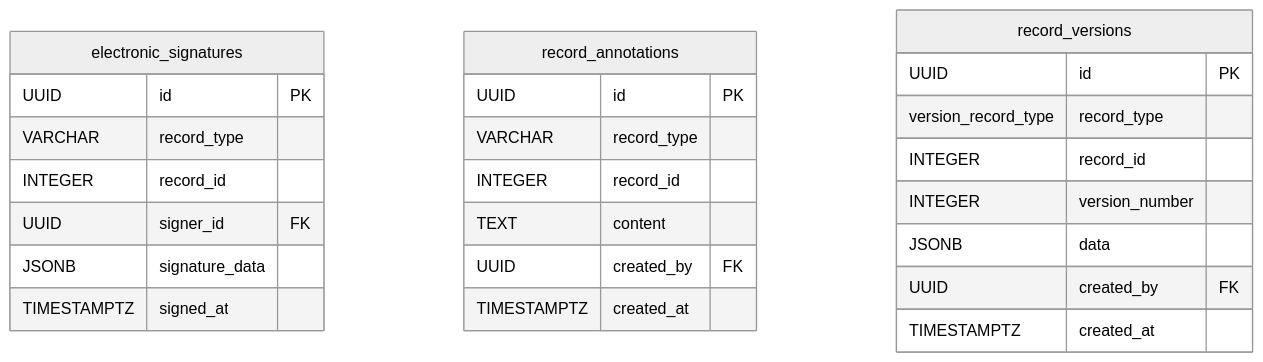
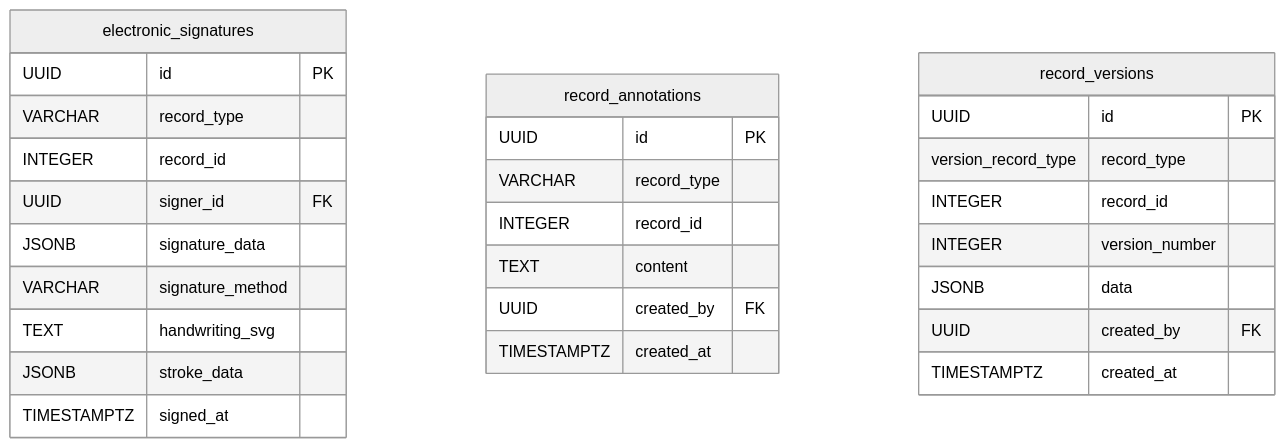
Before and after one commit to delightening/ipig_system: the seventh of 11 diagrams in Profiling_Spec/database_erd.md, drawn with Mermaid (neutral theme). The commit also changed other lines of this file and 61 other files, not shown here.

````diff
--- a/Profiling_Spec/database_erd.md
+++ b/Profiling_Spec/database_erd.md
@@ -493,30 +528,33 @@
 ```mermaid
 erDiagram
     electronic_signatures {
         UUID id PK
         VARCHAR record_type
         INTEGER record_id
         UUID signer_id FK
         JSONB signature_data
+        VARCHAR signature_method
+        TEXT handwriting_svg
+        JSONB stroke_data
         TIMESTAMPTZ signed_at
     }
 
     record_annotations {
         UUID id PK
         VARCHAR record_type
         INTEGER record_id
         TEXT content
         UUID created_by FK
         TIMESTAMPTZ created_at
     }
 
     record_versions {
         UUID id PK
         version_record_type record_type
         INTEGER record_id
         INTEGER version_number
         JSONB data
         UUID created_by FK
         TIMESTAMPTZ created_at
     }
 ```
````
